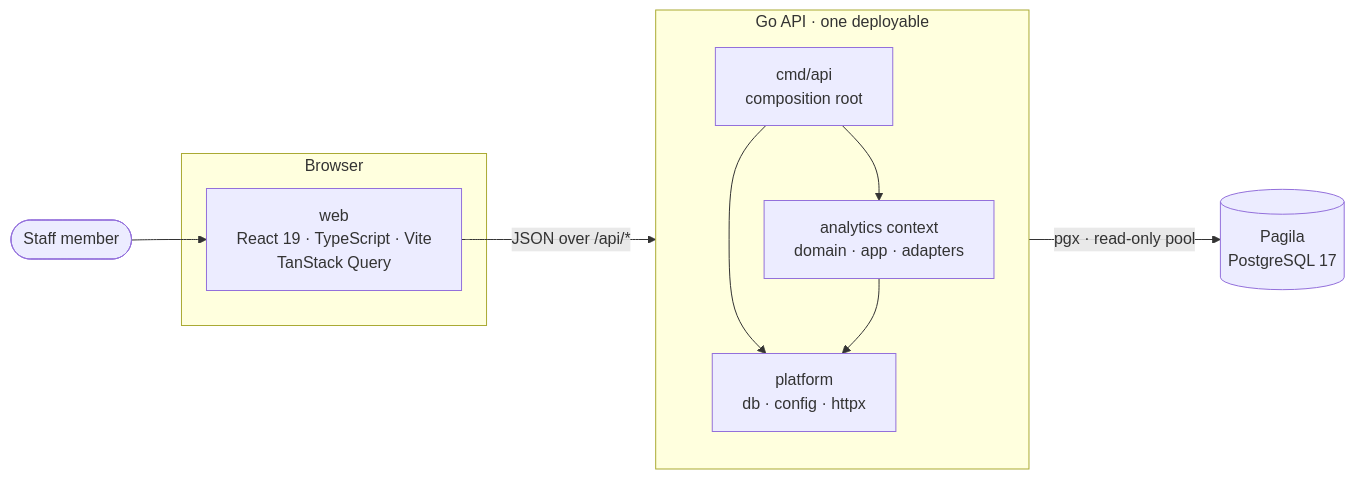
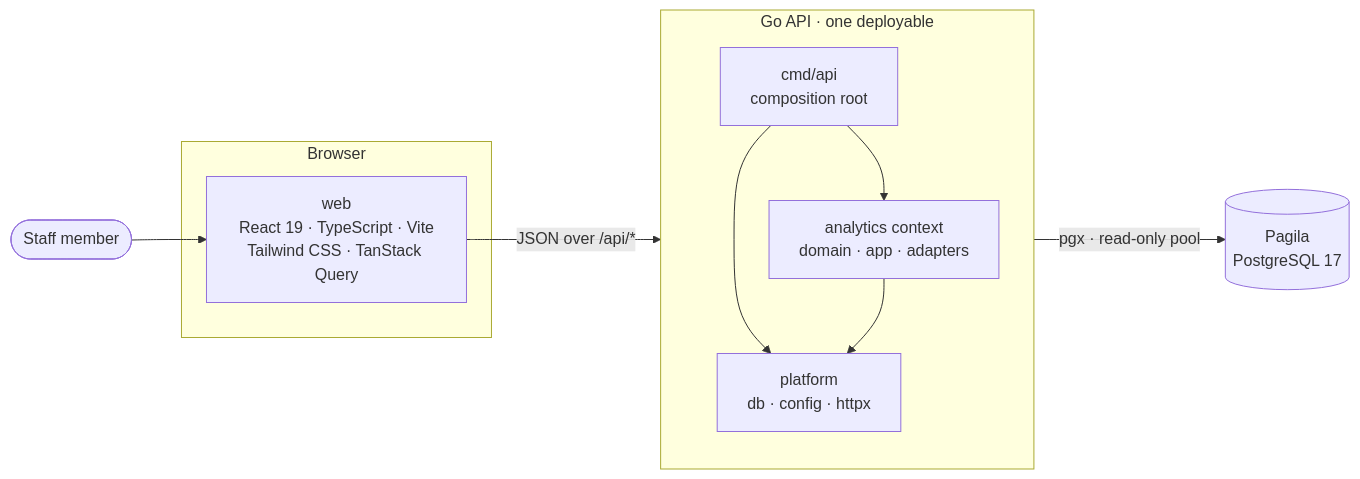
Before and after one commit to SangNguyen2810/store-operation: the first of 5 diagrams in README.md, drawn with Mermaid. The commit also changed other lines of this file and 1 other file, not shown here.

First line of the commit message:
Document the Tailwind setup

````diff
--- a/README.md
+++ b/README.md
@@ -94,18 +94,18 @@
 ```mermaid
 flowchart LR
     user([Staff member]) --> web
     subgraph browser [Browser]
-        web["web<br/>React 19 · TypeScript · Vite<br/>TanStack Query"]
+        web["web<br/>React 19 · TypeScript · Vite<br/>Tailwind CSS · TanStack Query"]
     end
     subgraph server [Go API · one deployable]
         direction TB
         api["cmd/api<br/>composition root"]
         analytics["analytics context<br/>domain · app · adapters"]
         platform["platform<br/>db · config · httpx"]
         api --> analytics
         api --> platform
         analytics --> platform
     end
     web -- "JSON over /api/*" --> api
     analytics -- "pgx · read-only pool" --> pg[("Pagila<br/>PostgreSQL 17")]
 ```
````
